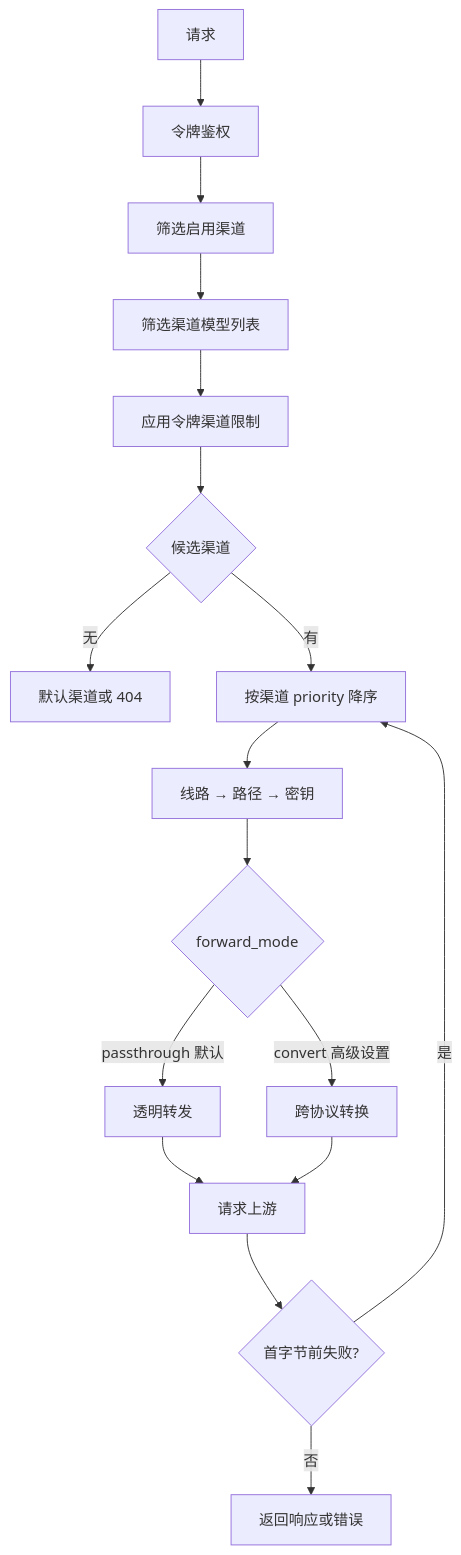
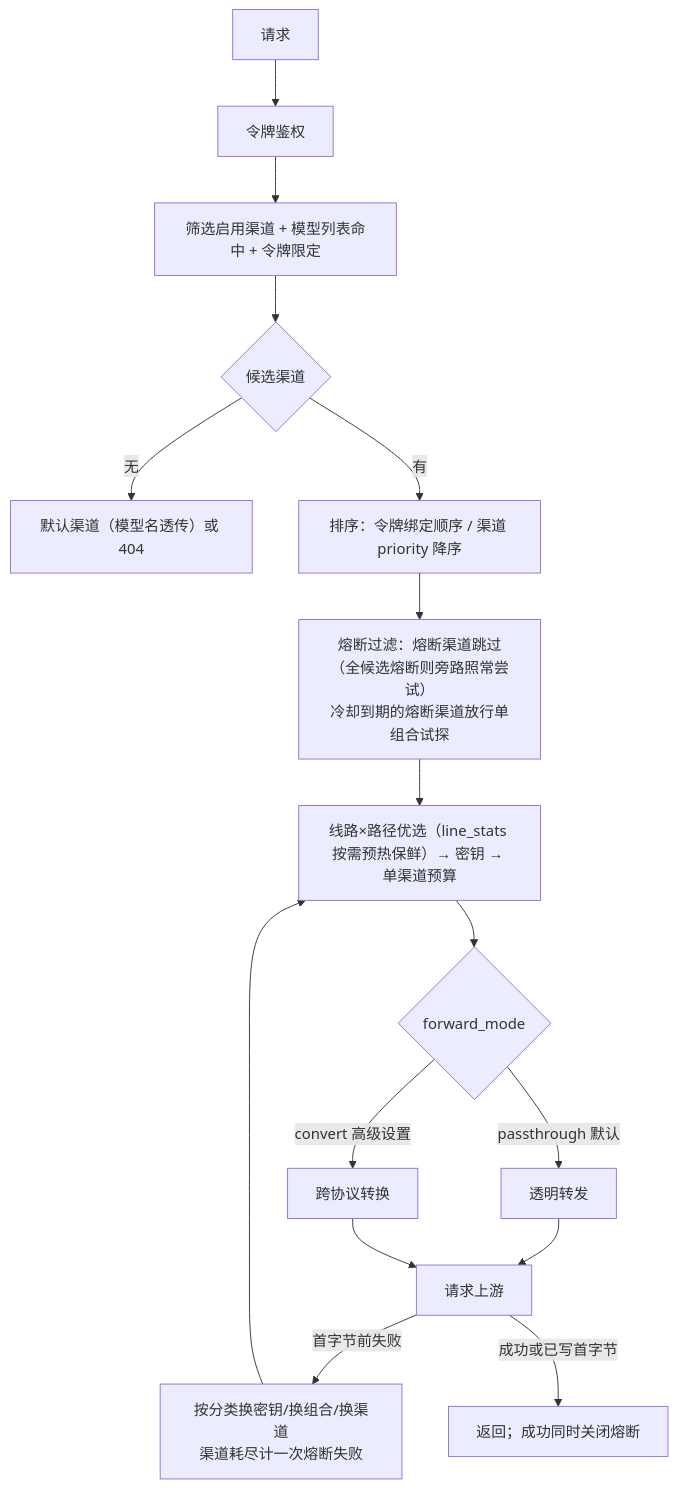
Before and after one commit to jettqian/keyway: the first of 2 diagrams in docs/PRD.md, drawn with Mermaid. The commit also changed other lines of this file and 1 other file, not shown here.

Commit message:
docs: 路由/熔断/恢复/线路优选全链路图示
- DESIGN §5.1：路由流程图重绘为全链路版（原图缺熔断过滤/半开试探/
  预热触发/失败分类，且"其他错误换渠道"与实现的 4xx 透传语义不符）——
  覆盖鉴权→Resolve→熔断视图（含全候选旁路）→plan（跳过/预热/优选/
  预算/半开单组合）→执行（认领/失败分类/段落计败/首字节保护）
- DESIGN §5.4：ASCII 状态机换 mermaid stateDiagram（含 closed 自环清零、
  open→closed 三条直达恢复路径），新增恢复时间线 sequenceDiagram
  （熔断→粘性走备用→冷却到期单组合试探→切回/翻倍退避双分支）
- DESIGN §6.1：新增按需预热决策与执行流程图（manual/开关/节流/新鲜度
  四道闸门 + warmup 宽松判定子图 + 排序输出）
- PRD §5.6.1：路由概览图同步为现行行为；§5.6.2 补熔断状态机图
- 全部 7 个 mermaid 块经 mermaid.parse 语法校验通过

````diff
--- a/docs/PRD.md
+++ b/docs/PRD.md
@@ -716,19 +716,18 @@
 ```mermaid
 flowchart TD
     A[请求] --> B[令牌鉴权]
-    B --> C[筛选启用渠道]
-    C --> D[筛选渠道模型列表]
-    D --> E[应用令牌渠道限制]
-    E --> F{候选渠道}
-    F -->|无| G[默认渠道或 404]
-    F -->|有| H[按渠道 priority 降序]
-    H --> I[线路 → 路径 → 密钥]
-    I --> J{forward_mode}
-    J -->|passthrough 默认| K[透明转发]
-    J -->|convert 高级设置| L[跨协议转换]
-    K --> M[请求上游]
-    L --> M
-    M --> N{首字节前失败?}
-    N -->|是| H
-    N -->|否| O[返回响应或错误]
+    B --> C[筛选启用渠道 + 模型列表命中 + 令牌限定]
+    C --> D{候选渠道}
+    D -->|无| G[默认渠道（模型名透传）或 404]
+    D -->|有| H[排序：令牌绑定顺序 / 渠道 priority 降序]
+    H --> I[熔断过滤：熔断渠道跳过（全候选熔断则旁路照常尝试）<br/>冷却到期的熔断渠道放行单组合试探]
+    I --> J[线路×路径优选（line_stats 按需预热保鲜）→ 密钥 → 单渠道预算]
+    J --> K{forward_mode}
+    K -->|passthrough 默认| L[透明转发]
+    K -->|convert 高级设置| M[跨协议转换]
+    L --> N[请求上游]
+    M --> N
+    N -->|首字节前失败| O[按分类换密钥/换组合/换渠道<br/>渠道耗尽计一次熔断失败]
+    O --> J
+    N -->|成功或已写首字节| P[返回；成功同时关闭熔断]
 ```
````
